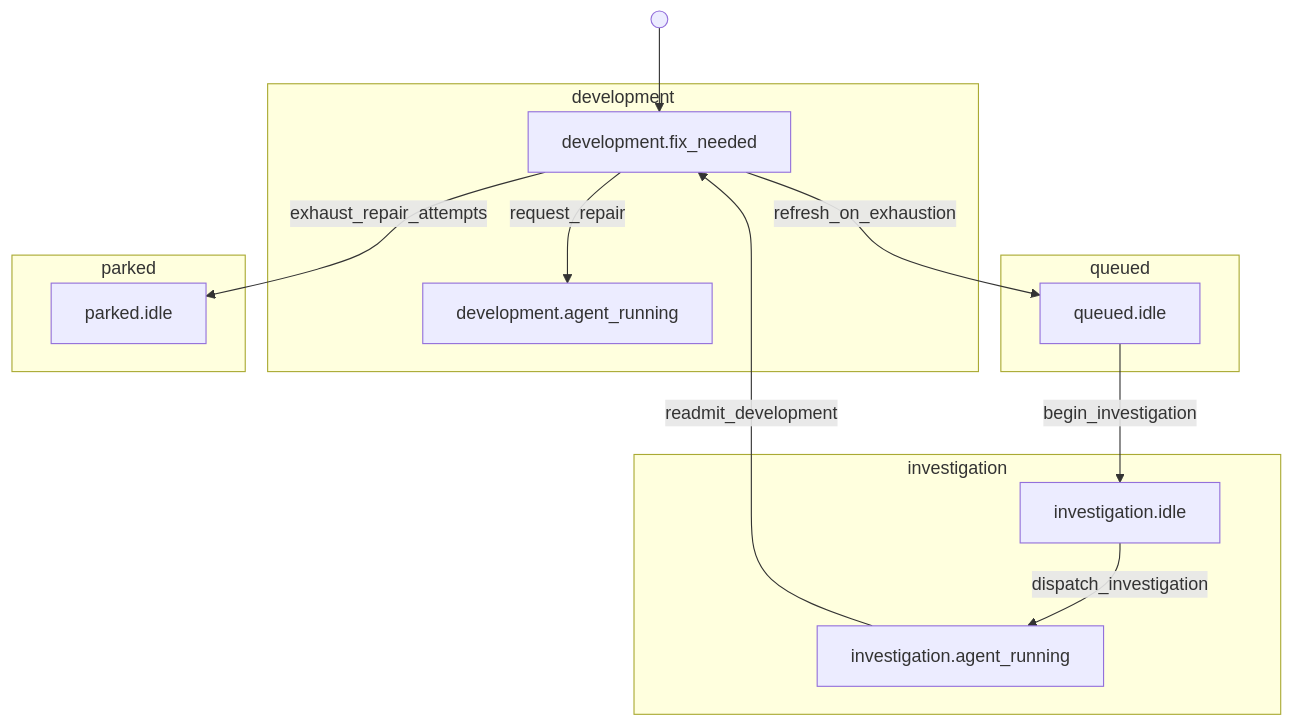
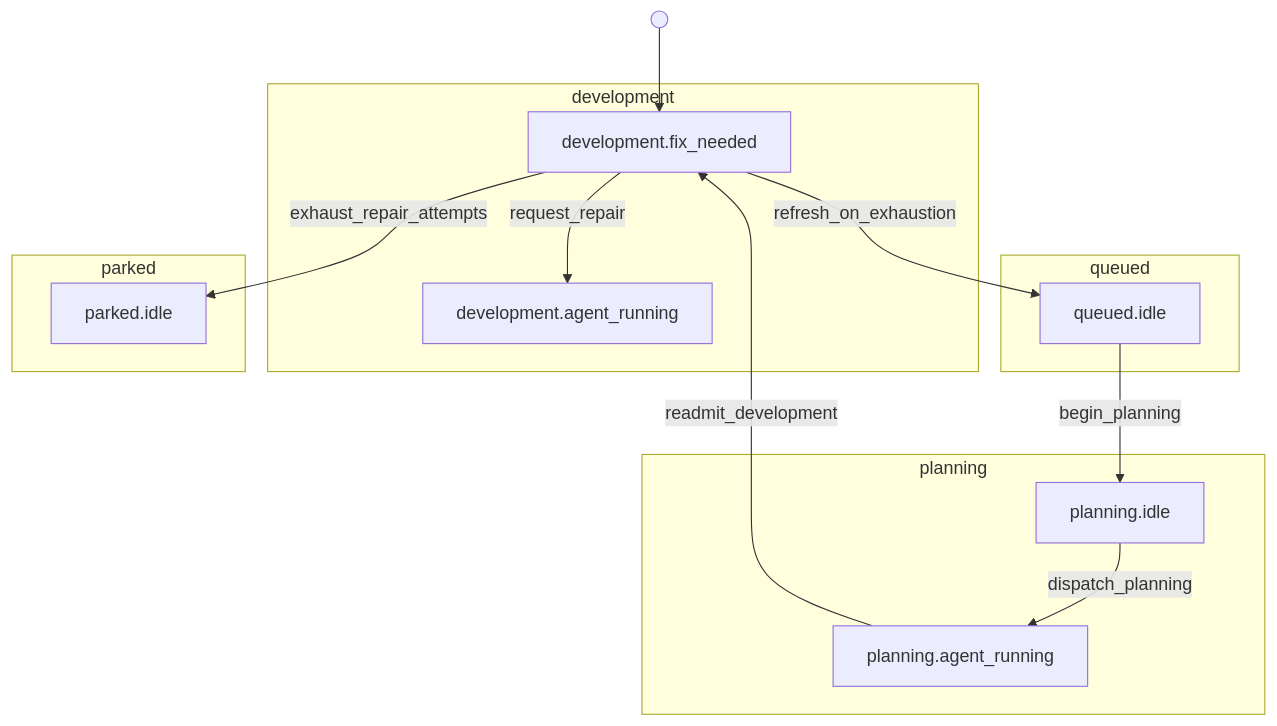
The tenth of 30 diagrams in docs/state-machine/index.md (riseproject-dev/porting-agent), drawn with Mermaid before and after one commit. The commit also changed other lines of this file and 132 other files, not shown here.

First line of the commit message:
Rename the dossier to the plan and the investigation to planning

````diff
--- a/docs/state-machine/index.md
+++ b/docs/state-machine/index.md
@@ -373,25 +373,25 @@
 ```mermaid
 flowchart TB
     subgraph development["development"]
         development_fix_needed["development.fix_needed"]
         development_agent_running["development.agent_running"]
     end
     subgraph queued["queued"]
         queued_idle["queued.idle"]
     end
-    subgraph investigation["investigation"]
-        investigation_idle["investigation.idle"]
-        investigation_agent_running["investigation.agent_running"]
+    subgraph planning["planning"]
+        planning_idle["planning.idle"]
+        planning_agent_running["planning.agent_running"]
     end
     subgraph parked["parked"]
         parked_idle["parked.idle"]
     end
 
     start_1(( )) --> development_fix_needed
     development_fix_needed -->|request_repair| development_agent_running
     development_fix_needed -->|refresh_on_exhaustion| queued_idle
-    queued_idle -->|begin_investigation| investigation_idle
-    investigation_idle -->|dispatch_investigation| investigation_agent_running
-    investigation_agent_running -->|readmit_development| development_fix_needed
+    queued_idle -->|begin_planning| planning_idle
+    planning_idle -->|dispatch_planning| planning_agent_running
+    planning_agent_running -->|readmit_development| development_fix_needed
     development_fix_needed -->|exhaust_repair_attempts| parked_idle
 ```
````
